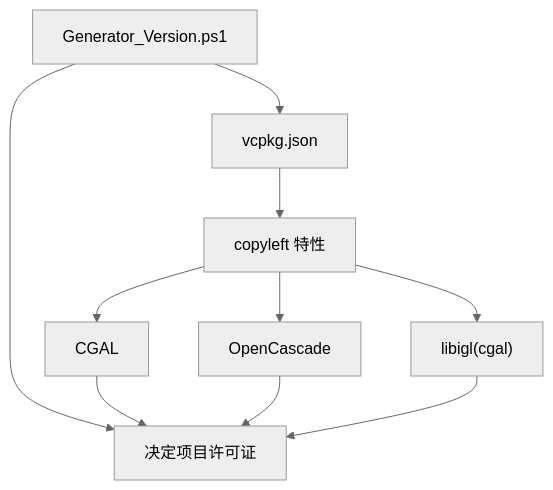
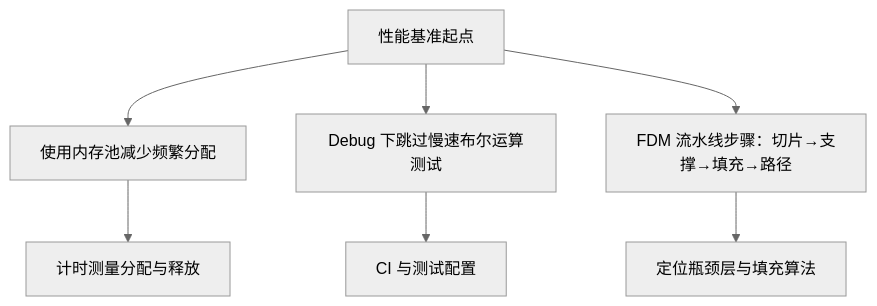
The fourth of 6 diagrams in .qoder/repowiki/zh/content/附录.md (hsmbanlance/HsBaSlicer), drawn with Mermaid (neutral theme) before and after one commit. The commit also changed other lines of this file and 1095 other files, not shown here.

````diff
--- a/.qoder/repowiki/zh/content/附录.md
+++ b/.qoder/repowiki/zh/content/附录.md
@@ -188,12 +230,9 @@
 ```mermaid
-graph TB
-VCPKG["vcpkg.json"] --> Feature["copyleft 特性"]
-Feature --> CGAL["CGAL"]
-Feature --> OCCT["OpenCascade"]
-Feature --> IGL["libigl(cgal)"]
-Generator["Generator_Version.ps1"] --> VCPKG
-Generator --> License["决定项目许可证"]
-CGAL --> License
-OCCT --> License
-IGL --> License
+flowchart TD
+BenchmarkStart["性能基准起点"] --> MemoryPool["使用内存池减少频繁分配"]
+BenchmarkStart --> SkipSlowTests["Debug 下跳过慢速布尔运算测试"]
+BenchmarkStart --> PipelineSteps["FDM 流水线步骤：切片→支撑→填充→路径"]
+MemoryPool --> Measure["计时测量分配与释放"]
+SkipSlowTests --> CI["CI 与测试配置"]
+PipelineSteps --> Profile["定位瓶颈层与填充算法"]
 ```
````
